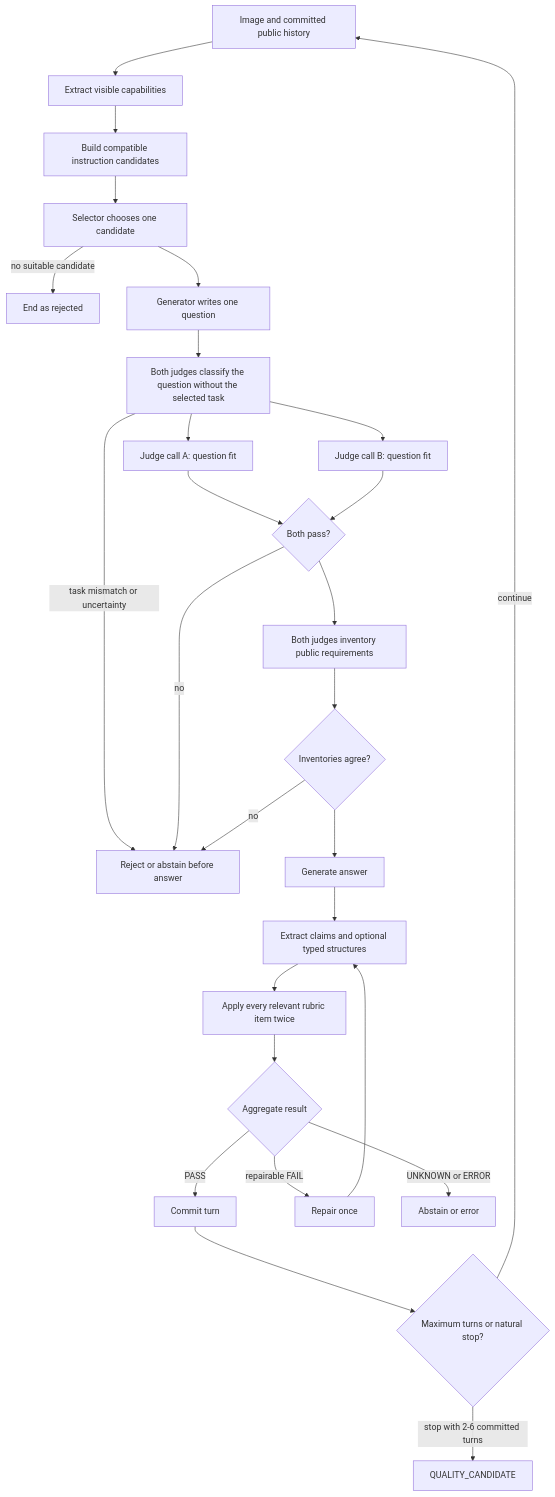
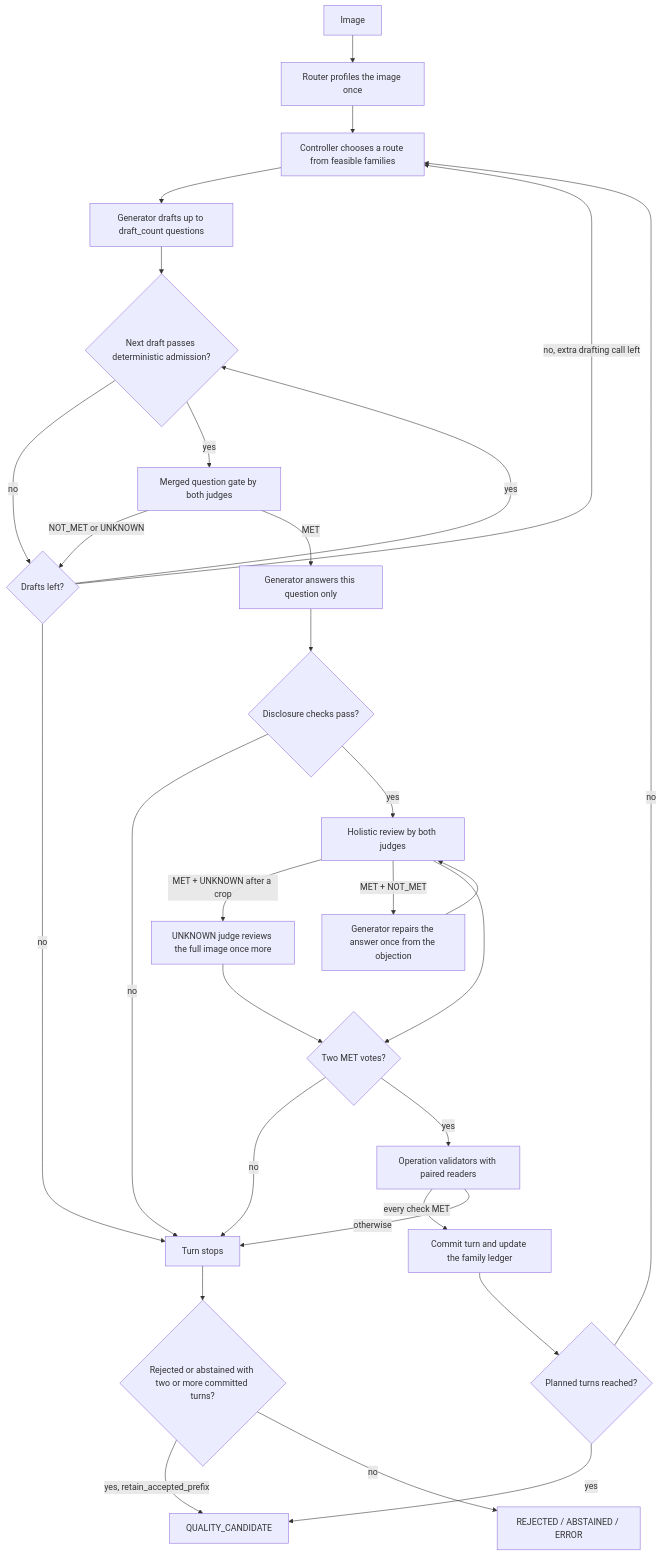
Before and after one commit to Onely7/Pixelogue: the diagram in docs/pipeline/generation-and-evaluation.md, drawn with Mermaid. The commit also changed other lines of this file and 30 other files, not shown here.

````diff
--- a/docs/pipeline/generation-and-evaluation.md
+++ b/docs/pipeline/generation-and-evaluation.md
@@ -71,29 +73,32 @@
 ```mermaid
 flowchart TD
-    A[Image and committed public history] --> B[Extract visible capabilities]
-    B --> C[Build compatible instruction candidates]
-    C --> D[Selector chooses one candidate]
-    D -->|no suitable candidate| X[End as rejected]
-    D --> E[Generator writes one question]
-    E --> T[Both judges classify the question without the selected task]
-    T -->|task mismatch or uncertainty| Y[Reject or abstain before answer]
-    T --> F[Judge call A: question fit]
-    T --> G[Judge call B: question fit]
-    F --> H{Both pass?}
-    G --> H
-    H -->|no| Y[Reject or abstain before answer]
-    H --> I[Both judges inventory public requirements]
-    I --> J{Inventories agree?}
-    J -->|no| Y
-    J --> K[Generate answer]
-    K --> L[Extract claims and optional typed structures]
-    L --> M[Apply every relevant rubric item twice]
-    M --> N{Aggregate result}
-    N -->|PASS| O[Commit turn]
-    N -->|repairable FAIL| P[Repair once]
-    P --> L
-    N -->|UNKNOWN or ERROR| Q[Abstain or error]
-    O --> R{Maximum turns or natural stop?}
-    R -->|continue| A
-    R -->|stop with 2-6 committed turns| S[QUALITY_CANDIDATE]
+    A[Image] --> B[Router profiles the image once]
+    B --> C[Controller chooses a route from feasible families]
+    C --> D[Generator drafts up to draft_count questions]
+    D --> E{Next draft passes deterministic admission?}
+    E -->|no| F{Drafts left?}
+    E -->|yes| G[Merged question gate by both judges]
+    G -->|NOT_MET or UNKNOWN| F
+    F -->|yes| E
+    F -->|no, extra drafting call left| C
+    F -->|no| X[Turn stops]
+    G -->|MET| H[Generator answers this question only]
+    H --> I{Disclosure checks pass?}
+    I -->|no| X
+    I -->|yes| J[Holistic review by both judges]
+    J -->|MET + UNKNOWN after a crop| K[UNKNOWN judge reviews the full image once more]
+    J -->|MET + NOT_MET| M[Generator repairs the answer once from the objection]
+    M --> J
+    K --> L
+    J --> L{Two MET votes?}
+    L -->|no| X
+    L -->|yes| N[Operation validators with paired readers]
+    N -->|every check MET| O[Commit turn and update the family ledger]
+    N -->|otherwise| X
+    O --> P{Planned turns reached?}
+    P -->|no| C
+    P -->|yes| Q[QUALITY_CANDIDATE]
+    X --> R{Rejected or abstained with two or more committed turns?}
+    R -->|yes, retain_accepted_prefix| Q
+    R -->|no| S[REJECTED / ABSTAINED / ERROR]
 ```
````
